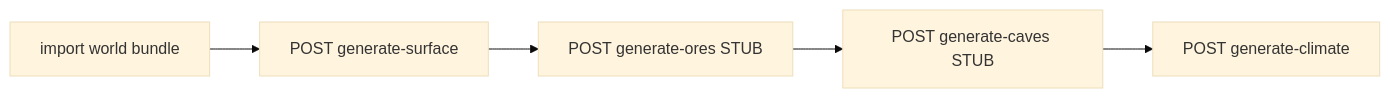
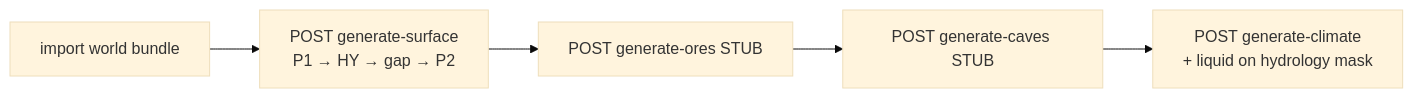
One commit to AndrewBondaren/AI-Project changed the fourth of 9 diagrams in docs/tz_terrain_generation.md. Above: the diagram before and after it, drawn with Mermaid (base theme). The commit also changed other lines of this file and 9 other files, not shown here.

````diff
--- a/docs/tz_terrain_generation.md
+++ b/docs/tz_terrain_generation.md
@@ -296,10 +300,10 @@
 ```mermaid
 flowchart LR
   IMP[import world bundle]
-  S["POST generate-surface"]
+  S["POST generate-surface\nP1 → HY → gap → P2"]
   O["POST generate-ores STUB"]
   C["POST generate-caves STUB"]
-  CL["POST generate-climate"]
+  CL["POST generate-climate\n+ liquid on hydrology mask"]
 
   IMP --> S --> O --> C --> CL
 ```
````
